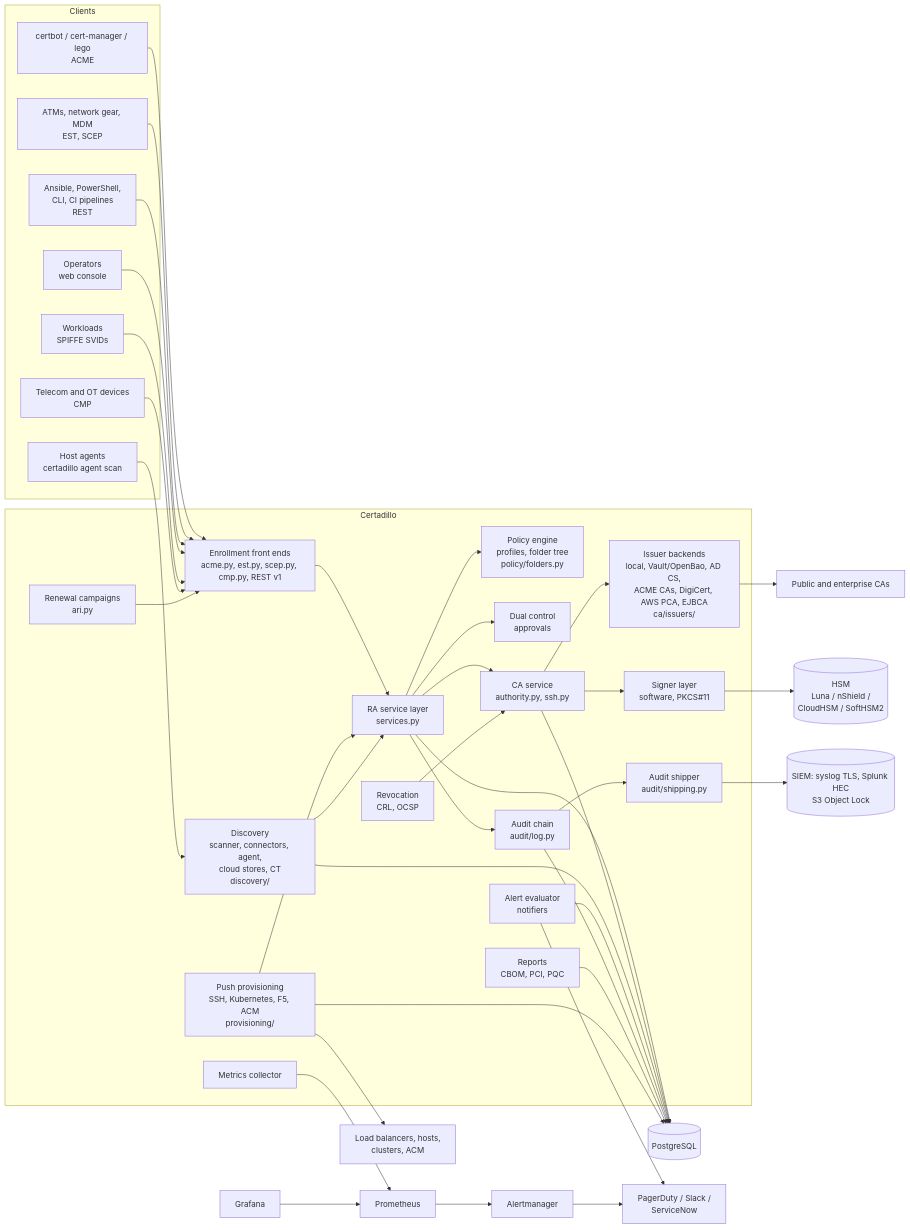
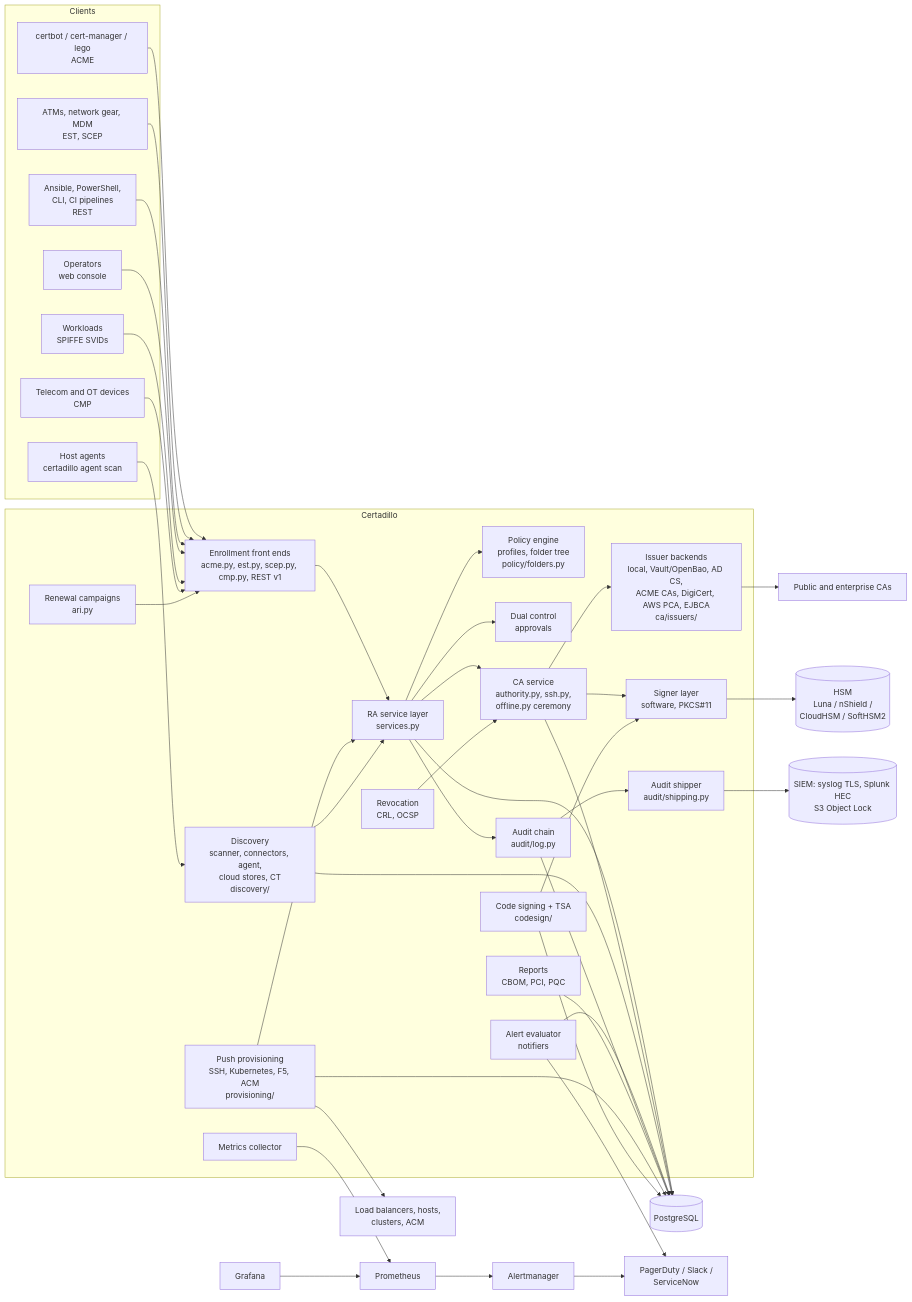
The diagram in docs/ARCHITECTURE.md (FlavioImbertDomingos/certadillo), drawn with Mermaid before and after one commit. The commit also changed other lines of this file and 16 other files, not shown here.

First line of the commit message:
Roadmap status kept in sync, two new 3D walkthroughs, docs sweep

````diff
--- a/docs/ARCHITECTURE.md
+++ b/docs/ARCHITECTURE.md
@@ -14,54 +14,56 @@
 ```mermaid
 flowchart LR
   subgraph Clients
     A1[certbot / cert-manager / lego<br/>ACME]
     A2[ATMs, network gear, MDM<br/>EST, SCEP]
     A6[Telecom and OT devices<br/>CMP]
     A3[Ansible, PowerShell,<br/>CLI, CI pipelines<br/>REST]
     A4[Operators<br/>web console]
     A5[Workloads<br/>SPIFFE SVIDs]
     A7[Host agents<br/>certadillo agent scan]
   end
   subgraph Certadillo
     E[Enrollment front ends<br/>acme.py, est.py, scep.py, cmp.py, REST v1]
     ARI[Renewal campaigns<br/>ari.py]
     RA[RA service layer<br/>services.py]
     P[Policy engine<br/>profiles, folder tree<br/>policy/folders.py]
     DC[Dual control<br/>approvals]
-    CA[CA service<br/>authority.py, ssh.py]
+    CA[CA service<br/>authority.py, ssh.py,<br/>offline.py ceremony]
     BK[Issuer backends<br/>local, Vault/OpenBao, AD CS,<br/>ACME CAs, DigiCert, AWS PCA, EJBCA<br/>ca/issuers/]
     S[Signer layer<br/>software, PKCS#11]
     R[Revocation<br/>CRL, OCSP]
     D[Discovery<br/>scanner, connectors, agent,<br/>cloud stores, CT<br/>discovery/]
     PV[Push provisioning<br/>SSH, Kubernetes, F5, ACM<br/>provisioning/]
+    CS[Code signing + TSA<br/>codesign/]
     AL[Alert evaluator<br/>notifiers]
     AU[Audit chain<br/>audit/log.py]
     SH[Audit shipper<br/>audit/shipping.py]
     M[Metrics collector]
     REP[Reports<br/>CBOM, PCI, PQC]
   end
   HSM[(HSM<br/>Luna / nShield /<br/>CloudHSM / SoftHSM2)]
   DB[(PostgreSQL)]
   SIEM[(SIEM: syslog TLS, Splunk HEC<br/>S3 Object Lock)]
   TG[Load balancers, hosts,<br/>clusters, ACM]
   UP[Public and enterprise CAs]
   PR[Prometheus] --> AM[Alertmanager] --> OC[PagerDuty / Slack /<br/>ServiceNow]
   G[Grafana] --> PR
   A1 & A2 & A3 & A4 & A5 & A6 --> E --> RA
   A7 --> D
   ARI --> E
   RA --> P
   RA --> DC
   RA --> CA --> BK
   CA --> S --> HSM
   RA --> AU
   AU --> SH --> SIEM
   PV --> RA
   PV --> TG
   BK --> UP
   R --> CA
   D --> RA
   AL --> OC
   M --> PR
-  RA & CA & D & AL & AU & REP & PV --> DB
+  CS --> S
+  RA & CA & D & AL & AU & REP & PV & CS --> DB
 ```
````
